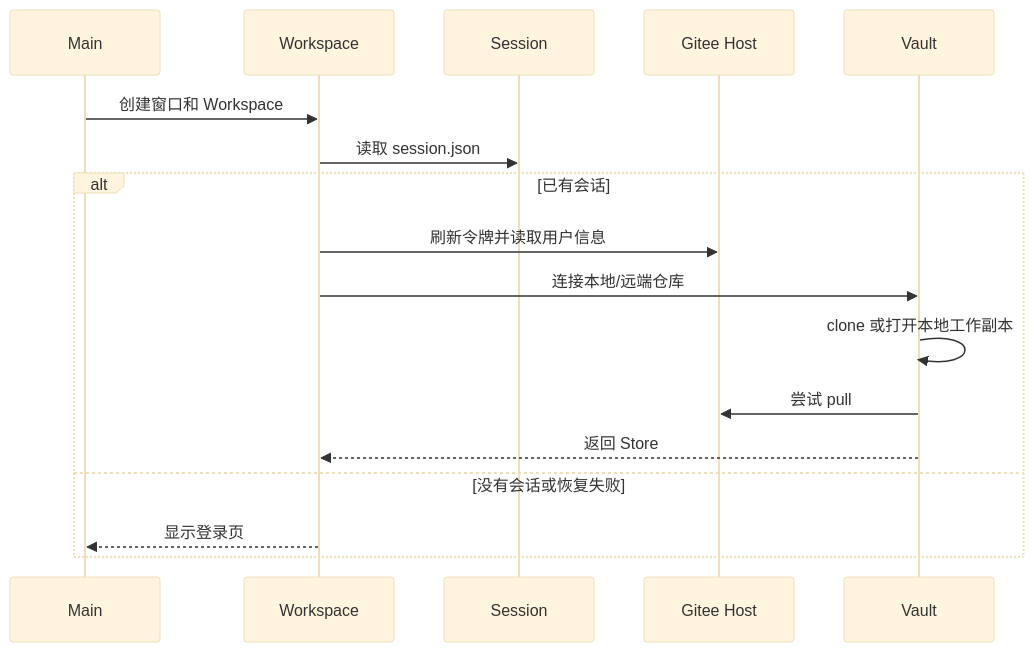
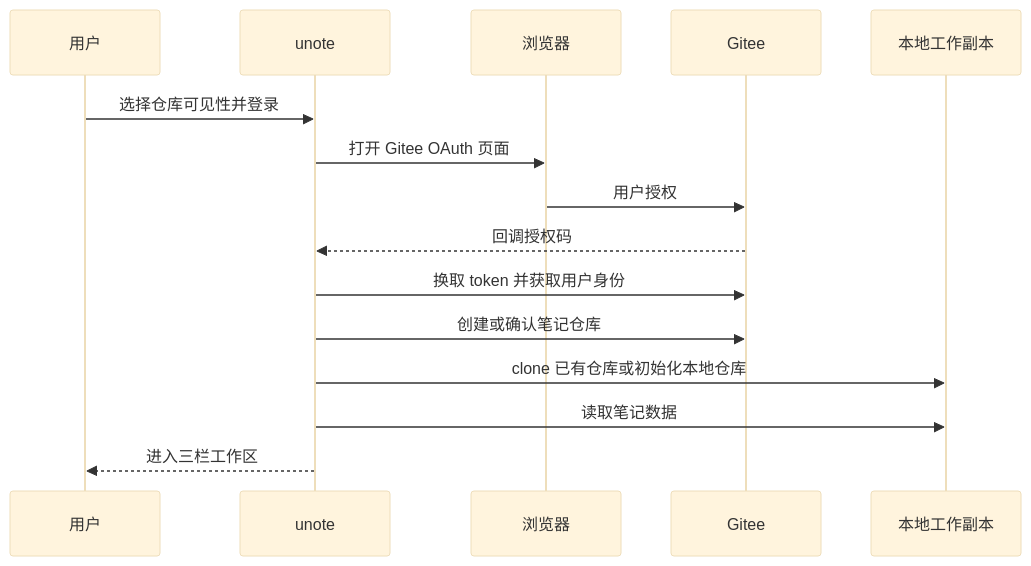
The first of 5 diagrams in docs/IMPLEMENTATION.md (unote-dev/unote), drawn with Mermaid (base theme) before and after one commit. The commit also changed other lines of this file, not shown here.

````diff
--- a/docs/IMPLEMENTATION.md
+++ b/docs/IMPLEMENTATION.md
@@ -99,20 +294,18 @@
 ```mermaid
 sequenceDiagram
-    participant Main
-    participant Workspace
-    participant Session
-    participant Host as Gitee Host
-    participant Vault
+    participant U as 用户
+    participant A as unote
+    participant B as 浏览器
+    participant G as Gitee
+    participant L as 本地工作副本
 
-    Main->>Workspace: 创建窗口和 Workspace
-    Workspace->>Session: 读取 session.json
-    alt 已有会话
-        Workspace->>Host: 刷新令牌并读取用户信息
-        Workspace->>Vault: 连接本地/远端仓库
-        Vault->>Vault: clone 或打开本地工作副本
-        Vault->>Host: 尝试 pull
-        Vault-->>Workspace: 返回 Store
-    else 没有会话或恢复失败
-        Workspace-->>Main: 显示登录页
-    end
+    U->>A: 选择仓库可见性并登录
+    A->>B: 打开 Gitee OAuth 页面
+    B->>G: 用户授权
+    G-->>A: 回调授权码
+    A->>G: 换取 token 并获取用户身份
+    A->>G: 创建或确认笔记仓库
+    A->>L: clone 已有仓库或初始化本地仓库
+    A->>L: 读取笔记数据
+    A-->>U: 进入三栏工作区
 ```
````
